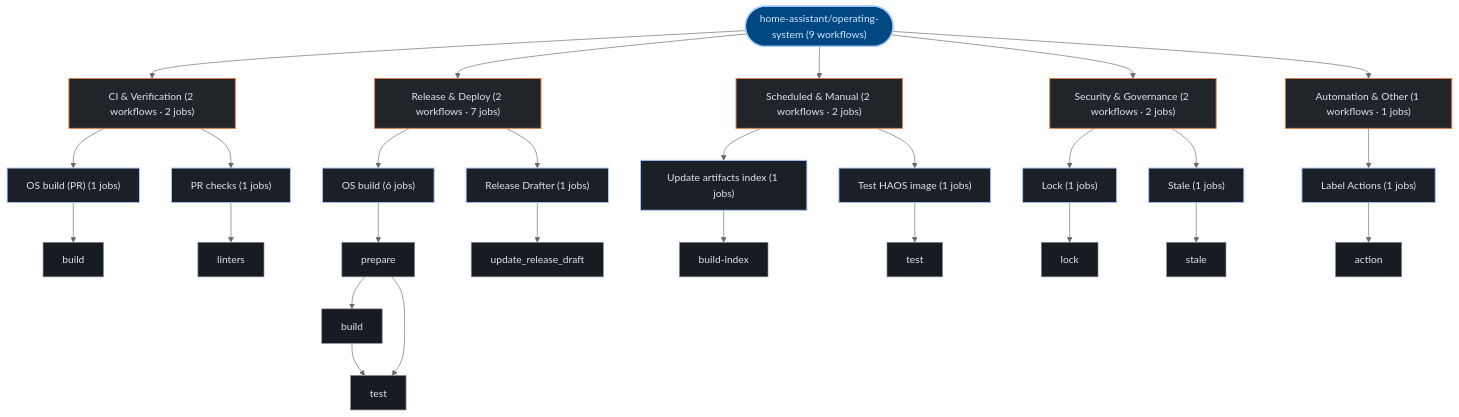
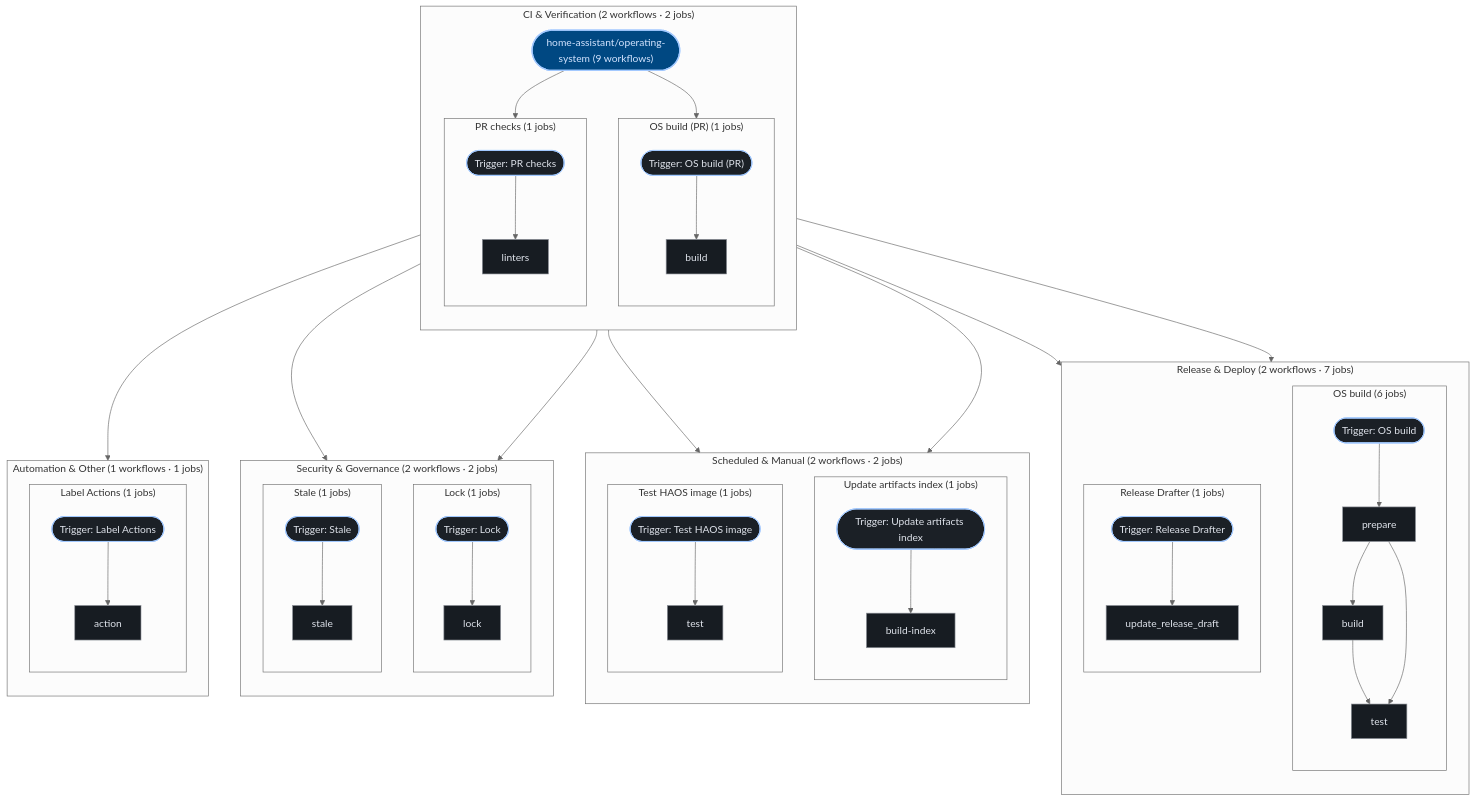
Before and after one commit to kumarshaz/atruss-code-atlas: the second of 2 diagrams in exports/latest/reports/home-assistant-operating-system-report.md, drawn with Mermaid (neutral theme). The commit also changed 181 other files, not shown here.

````diff
--- a/exports/latest/reports/home-assistant-operating-system-report.md
+++ b/exports/latest/reports/home-assistant-operating-system-report.md
@@ -126,55 +126,87 @@
   classDef atlasAlert fill:#93000a,stroke:#ffb4ab,stroke-width:1.5px,color:#ffdad6
   classDef atlasMore fill:#252a31,stroke:#8d9199,stroke-dasharray:4 4,color:#c3c6cf
   pipeline_root(["home-assistant/operating-system (9 workflows)"]):::atlasRoot
-  grp_0_CI___Verification["CI & Verification (2 workflows · 2 jobs)"]:::atlasCategory
-  pipeline_root --> grp_0_CI___Verification
-  wf_1_OS_build__PR_["OS build (PR) (1 jobs)"]:::atlasWorkflow
-  grp_0_CI___Verification --> wf_1_OS_build__PR_
-  job_1_build["build"]:::atlasJob
-  wf_1_OS_build__PR_ --> job_1_build
-  wf_5_PR_checks["PR checks (1 jobs)"]:::atlasWorkflow
-  grp_0_CI___Verification --> wf_5_PR_checks
-  job_5_linters["linters"]:::atlasJob
-  wf_5_PR_checks --> job_5_linters
-  grp_1_Release___Deploy["Release & Deploy (2 workflows · 7 jobs)"]:::atlasCategory
-  pipeline_root --> grp_1_Release___Deploy
-  wf_2_OS_build["OS build (6 jobs)"]:::atlasWorkflow
-  grp_1_Release___Deploy --> wf_2_OS_build
-  job_2_prepare["prepare"]:::atlasJob
-  job_2_build["build"]:::atlasJob
-  job_2_test["test"]:::atlasJob
-  wf_2_OS_build --> job_2_prepare
-  job_2_prepare --> job_2_build
-  job_2_build --> job_2_test
-  job_2_prepare --> job_2_test
-  wf_6_Release_Drafter["Release Drafter (1 jobs)"]:::atlasWorkflow
-  grp_1_Release___Deploy --> wf_6_Release_Drafter
-  job_6_update_release_draft["update_release_draft"]:::atlasJob
-  wf_6_Release_Drafter --> job_6_update_release_draft
-  grp_2_Scheduled___Manual["Scheduled & Manual (2 workflows · 2 jobs)"]:::atlasCategory
-  pipeline_root --> grp_2_Scheduled___Manual
-  wf_0_Update_artifacts_index["Update artifacts index (1 jobs)"]:::atlasWorkflow
-  grp_2_Scheduled___Manual --> wf_0_Update_artifacts_index
-  job_0_build_index["build-index"]:::atlasJob
-  wf_0_Update_artifacts_index --> job_0_build_index
-  wf_8_Test_HAOS_image["Test HAOS image (1 jobs)"]:::atlasWorkflow
-  grp_2_Scheduled___Manual --> wf_8_Test_HAOS_image
-  job_8_test["test"]:::atlasJob
-  wf_8_Test_HAOS_image --> job_8_test
-  grp_3_Security___Governance["Security & Governance (2 workflows · 2 jobs)"]:::atlasCategory
-  pipeline_root --> grp_3_Security___Governance
-  wf_4_Lock["Lock (1 jobs)"]:::atlasWorkflow
-  grp_3_Security___Governance --> wf_4_Lock
-  job_4_lock["lock"]:::atlasJob
-  wf_4_Lock --> job_4_lock
-  wf_7_Stale["Stale (1 jobs)"]:::atlasWorkflow
-  grp_3_Security___Governance --> wf_7_Stale
-  job_7_stale["stale"]:::atlasJob
-  wf_7_Stale --> job_7_stale
-  grp_4_Automation___Other["Automation & Other (1 workflows · 1 jobs)"]:::atlasCategory
-  pipeline_root --> grp_4_Automation___Other
-  wf_3_Label_Actions["Label Actions (1 jobs)"]:::atlasWorkflow
-  grp_4_Automation___Other --> wf_3_Label_Actions
-  job_3_action["action"]:::atlasJob
-  wf_3_Label_Actions --> job_3_action
+  subgraph sg_grp_0_CI___Verification["CI & Verification (2 workflows · 2 jobs)"]
+    direction TB
+    subgraph sg_wf_1_OS_build__PR_["OS build (PR) (1 jobs)"]
+      direction TB
+      wf_1_OS_build__PR_(["Trigger: OS build (PR)"]):::atlasWorkflow
+      job_1_build["build"]:::atlasJob
+      wf_1_OS_build__PR_ --> job_1_build
+    end
+    pipeline_root --> wf_1_OS_build__PR_
+    subgraph sg_wf_5_PR_checks["PR checks (1 jobs)"]
+      direction TB
+      wf_5_PR_checks(["Trigger: PR checks"]):::atlasWorkflow
+      job_5_linters["linters"]:::atlasJob
+      wf_5_PR_checks --> job_5_linters
+    end
+    pipeline_root --> wf_5_PR_checks
+  end
+  subgraph sg_grp_1_Release___Deploy["Release & Deploy (2 workflows · 7 jobs)"]
+    direction TB
+    subgraph sg_wf_2_OS_build["OS build (6 jobs)"]
+      direction TB
+      wf_2_OS_build(["Trigger: OS build"]):::atlasWorkflow
+      job_2_prepare["prepare"]:::atlasJob
+      job_2_build["build"]:::atlasJob
+      job_2_test["test"]:::atlasJob
+      wf_2_OS_build --> job_2_prepare
+      job_2_prepare --> job_2_build
+      job_2_build --> job_2_test
+      job_2_prepare --> job_2_test
+    end
+    pipeline_root --> wf_2_OS_build
+    subgraph sg_wf_6_Release_Drafter["Release Drafter (1 jobs)"]
+      direction TB
+      wf_6_Release_Drafter(["Trigger: Release Drafter"]):::atlasWorkflow
+      job_6_update_release_draft["update_release_draft"]:::atlasJob
+      wf_6_Release_Drafter --> job_6_update_release_draft
+    end
+    pipeline_root --> wf_6_Release_Drafter
+  end
+  subgraph sg_grp_2_Scheduled___Manual["Scheduled & Manual (2 workflows · 2 jobs)"]
+    direction TB
+    subgraph sg_wf_0_Update_artifacts_index["Update artifacts index (1 jobs)"]
+      direction TB
+      wf_0_Update_artifacts_index(["Trigger: Update artifacts index"]):::atlasWorkflow
+      job_0_build_index["build-index"]:::atlasJob
+      wf_0_Update_artifacts_index --> job_0_build_index
+    end
+    pipeline_root --> wf_0_Update_artifacts_index
+    subgraph sg_wf_8_Test_HAOS_image["Test HAOS image (1 jobs)"]
+      direction TB
+      wf_8_Test_HAOS_image(["Trigger: Test HAOS image"]):::atlasWorkflow
+      job_8_test["test"]:::atlasJob
+      wf_8_Test_HAOS_image --> job_8_test
+    end
+    pipeline_root --> wf_8_Test_HAOS_image
+  end
+  subgraph sg_grp_3_Security___Governance["Security & Governance (2 workflows · 2 jobs)"]
+    direction TB
+    subgraph sg_wf_4_Lock["Lock (1 jobs)"]
+      direction TB
+      wf_4_Lock(["Trigger: Lock"]):::atlasWorkflow
+      job_4_lock["lock"]:::atlasJob
+      wf_4_Lock --> job_4_lock
+    end
+    pipeline_root --> wf_4_Lock
+    subgraph sg_wf_7_Stale["Stale (1 jobs)"]
+      direction TB
+      wf_7_Stale(["Trigger: Stale"]):::atlasWorkflow
+      job_7_stale["stale"]:::atlasJob
+      wf_7_Stale --> job_7_stale
+    end
+    pipeline_root --> wf_7_Stale
+  end
+  subgraph sg_grp_4_Automation___Other["Automation & Other (1 workflows · 1 jobs)"]
+    direction TB
+    subgraph sg_wf_3_Label_Actions["Label Actions (1 jobs)"]
+      direction TB
+      wf_3_Label_Actions(["Trigger: Label Actions"]):::atlasWorkflow
+      job_3_action["action"]:::atlasJob
+      wf_3_Label_Actions --> job_3_action
+    end
+    pipeline_root --> wf_3_Label_Actions
+  end
 ```
````
